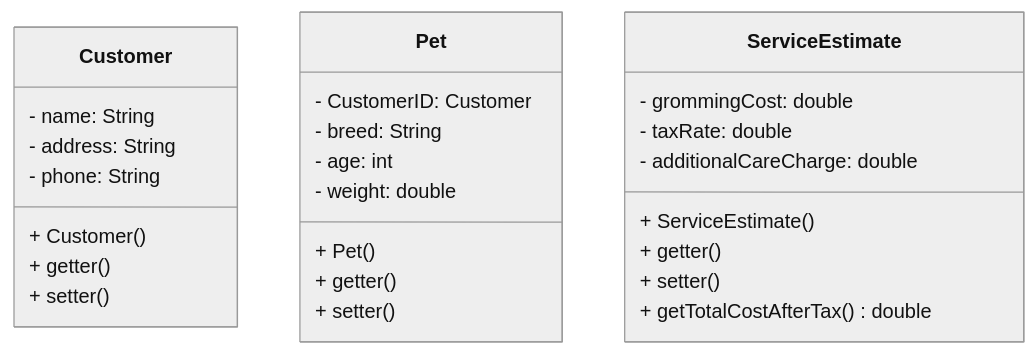
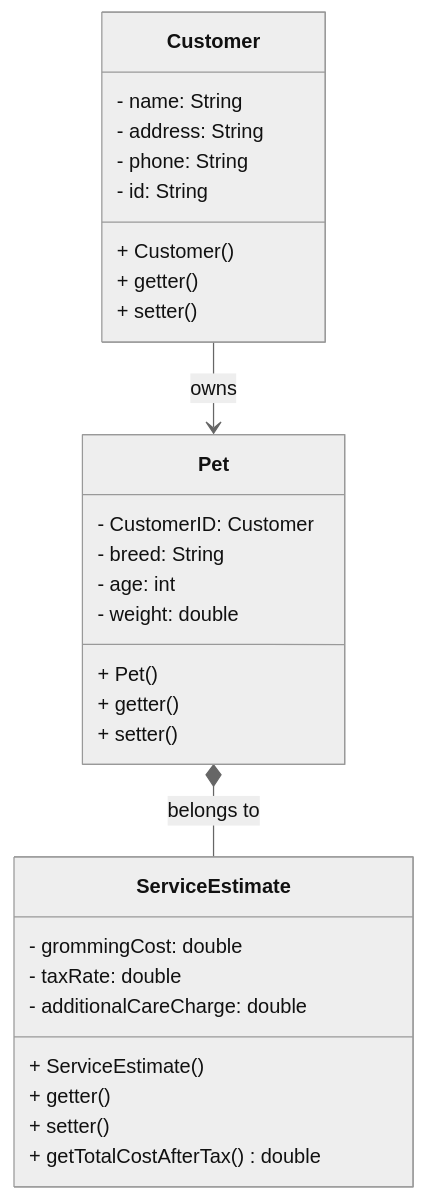
One commit to ngsang149dev/CIT-EIU changed the diagram in CSE203/Lab1/Problem1/PetShop.mmd. Above: the diagram before and after it, drawn with Mermaid (neutral theme). The commit also changed 9 other files, not shown here.

```diff
--- a/CSE203/Lab1/Problem1/PetShop.mmd
+++ b/CSE203/Lab1/Problem1/PetShop.mmd
@@ -1,29 +1,33 @@
 classDiagram
     class Customer {
         - name: String
         - address: String
         - phone: String
+        - id: String
         + Customer()
         + getter()
         + setter()
     }
 
     class Pet {
         - CustomerID: Customer
         - breed: String
         - age: int 
         - weight: double
         + Pet() 
         + getter()
         + setter()
     }
 
     class ServiceEstimate {
         - grommingCost: double
         - taxRate: double
         - additionalCareCharge: double
         + ServiceEstimate()
         + getter()
         + setter()
         + getTotalCostAfterTax() double
     }
+
+    Customer --> Pet: owns
+    Pet *-- ServiceEstimate: belongs to
```
